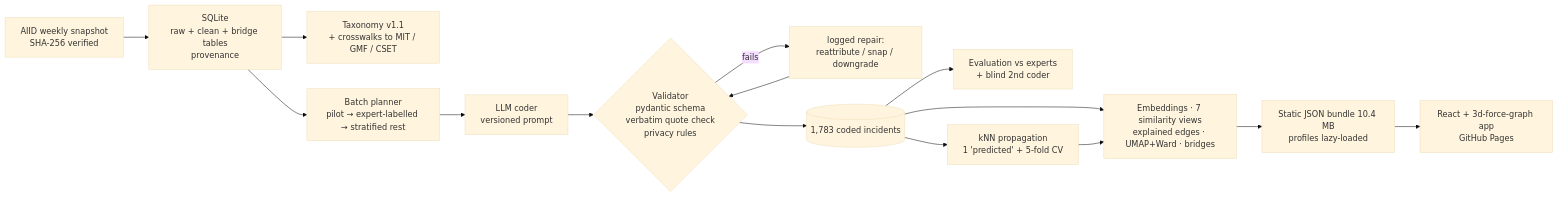
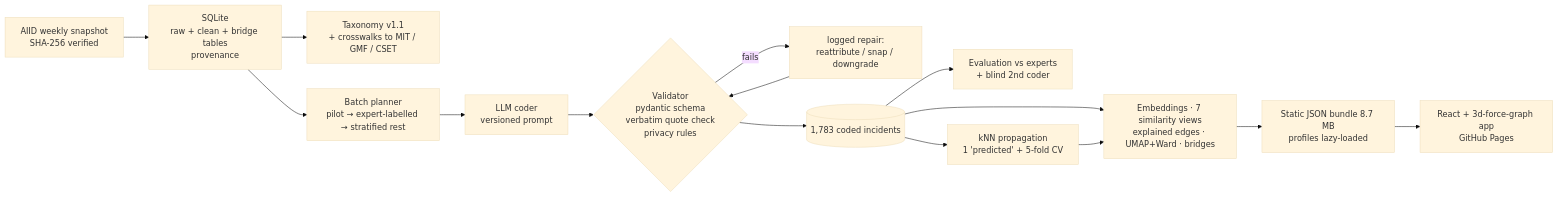
The diagram in README.md (JonathanDoanePhD/ai-incident-atlas), drawn with Mermaid (base theme) before and after one commit. The commit also changed 32 other files, not shown here.

````diff
--- a/README.md
+++ b/README.md
@@ -31,16 +31,16 @@
 ```mermaid
 flowchart LR
   A[AIID weekly snapshot<br/>SHA-256 verified] --> B[SQLite<br/>raw + clean + bridge tables<br/>provenance]
   B --> C[Taxonomy v1.1<br/>+ crosswalks to MIT / GMF / CSET]
   B --> D[Batch planner<br/>pilot → expert-labelled → stratified rest]
   D --> E[LLM coder<br/>versioned prompt]
   E --> F{Validator<br/>pydantic schema<br/>verbatim quote check<br/>privacy rules}
   F -- fails --> G[logged repair:<br/>reattribute / snap / downgrade]
   G --> F
   F --> H[(1,783 coded incidents)]
   H --> I[Evaluation vs experts<br/>+ blind 2nd coder]
   H --> J[kNN propagation<br/>1 'predicted' + 5-fold CV]
   H & J --> K[Embeddings · 7 similarity views<br/>explained edges · UMAP+Ward · bridges]
-  K --> L[Static JSON bundle 10.4 MB<br/>profiles lazy-loaded]
+  K --> L[Static JSON bundle 8.7 MB<br/>profiles lazy-loaded]
   L --> M[React + 3d-force-graph app<br/>GitHub Pages]
 ```
````
